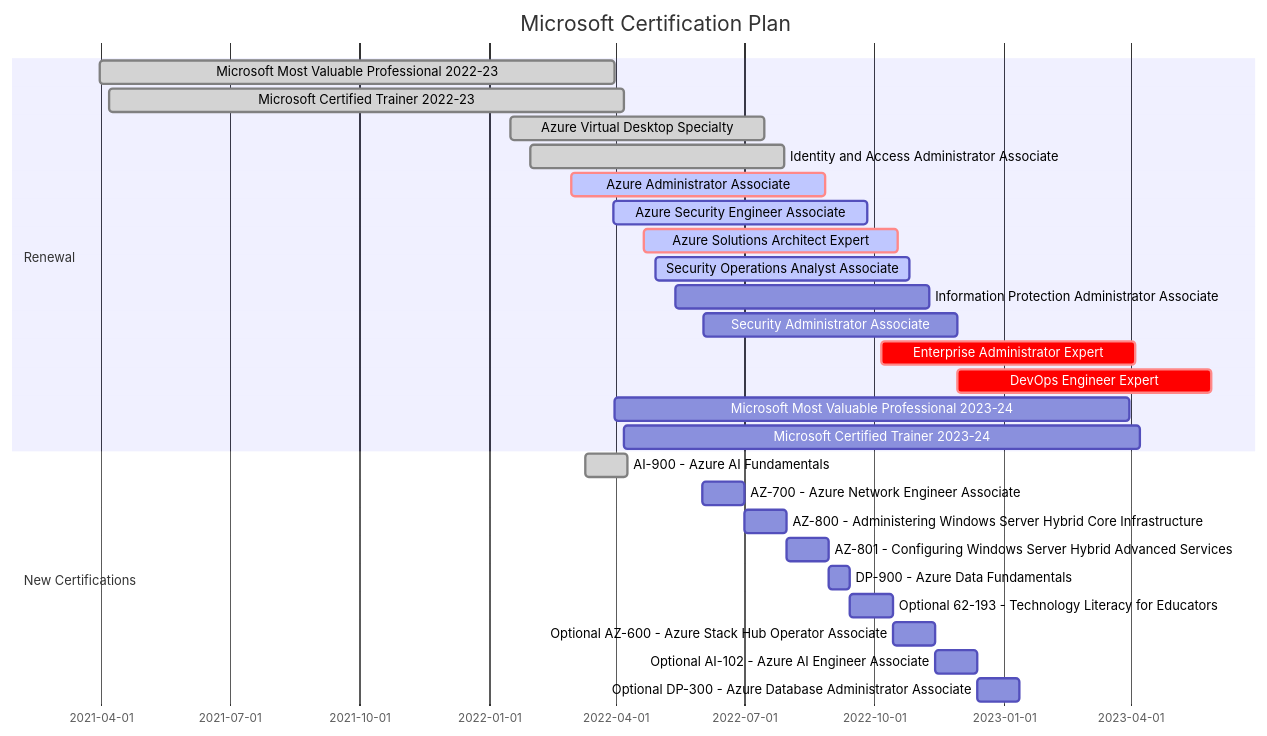
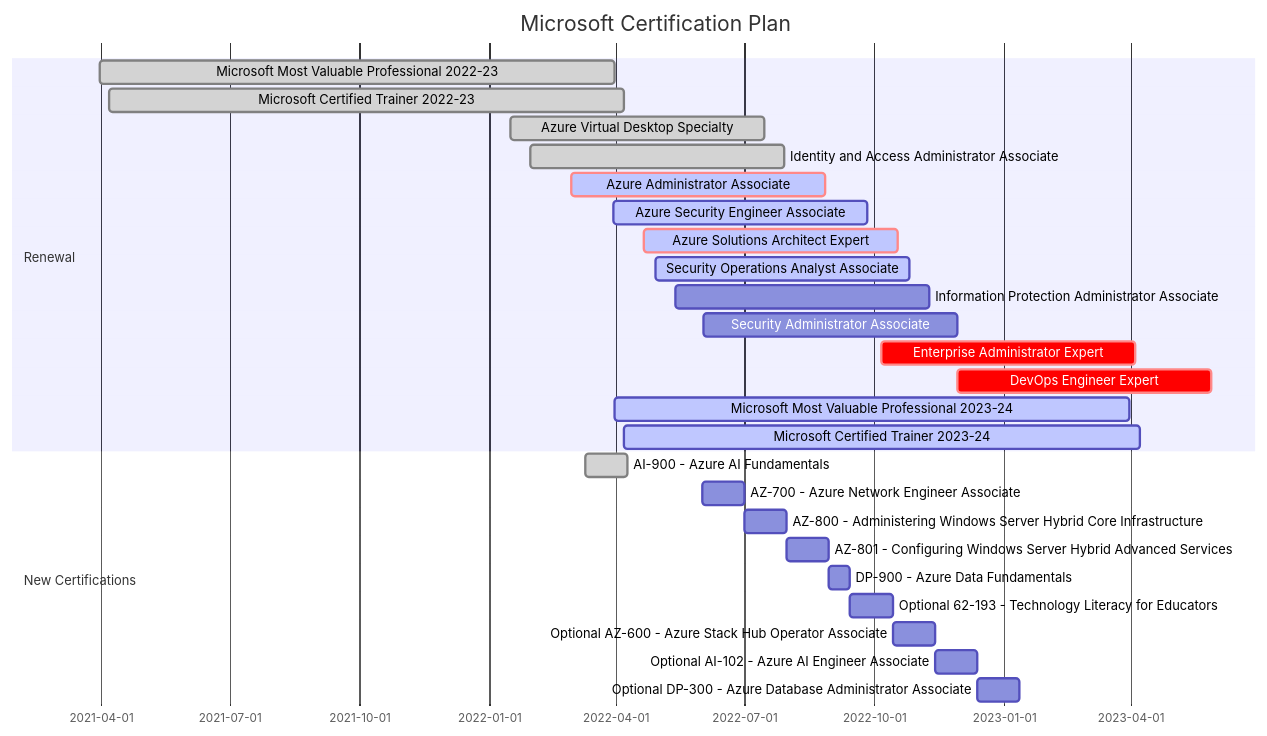
The diagram in README.md (vukasinterzic/vukasinterzic), drawn with Mermaid before and after one commit.

````diff
--- a/README.md
+++ b/README.md
@@ -38,31 +38,31 @@
 ```mermaid
     gantt
     title Microsoft Certification Plan
     dateFormat  YYYY-MM-DD
     section Renewal
     Microsoft Most Valuable Professional 2022-23    :done, 2021-03-31, 365d
     Microsoft Certified Trainer 2022-23             :done, 2021-04-07, 365d
     Azure Virtual Desktop Specialty                 :done, 2022-01-16, 180d
     Identity and Access Administrator Associate     :done, 2022-01-30, 180d
     Azure Administrator Associate                   :crit, active, a2, 2022-02-28, 180d
     Azure Security Engineer Associate               :active, 2022-03-30, 180d
     Azure Solutions Architect Expert                :crit, active, 2022-04-21, 180d
     Security Operations Analyst Associate           :active, 2022-04-29, 180d
     Information Protection Administrator Associate  :a6, 2022-05-13, 180d
     Security Administrator Associate                :a7, 2022-06-02, 180d
     Enterprise Administrator Expert                 :crit, a8, 2022-10-06, 180d
     DevOps Engineer Expert                          :crit, a9, 2022-11-29, 180d
-    Microsoft Most Valuable Professional 2023-24    :a10, 2022-03-31, 365d
-    Microsoft Certified Trainer 2023-24             :a11, 2022-04-07, 365d
+    Microsoft Most Valuable Professional 2023-24    :active, 2022-03-31, 365d
+    Microsoft Certified Trainer 2023-24             :active, 2022-04-07, 365d
 
     section New Certifications
     AI-900 - Azure AI Fundamentals                                      :done, 2022-03-10, 30d
     AZ-700 - Azure Network Engineer Associate                           :a12, 2022-06-01, 30d
     AZ-800 - Administering Windows Server Hybrid Core Infrastructure    :a13, after a12, 30d
     AZ-801 - Configuring Windows Server Hybrid Advanced Services        :a14, after a13, 30d
     DP-900 - Azure Data Fundamentals                                    :a15, after a14, 15d
     Optional 62-193 - Technology Literacy for Educators                 :a16, after a15, 30d
     Optional AZ-600 - Azure Stack Hub Operator Associate                :a17, after a16, 30d
     Optional AI-102 - Azure AI Engineer Associate                       :a18, after a17, 30d
     Optional DP-300 - Azure Database Administrator Associate            :a19, after a18, 30d
 ```
````
